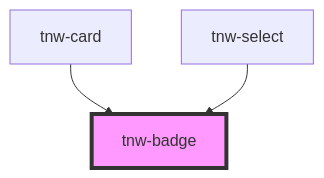
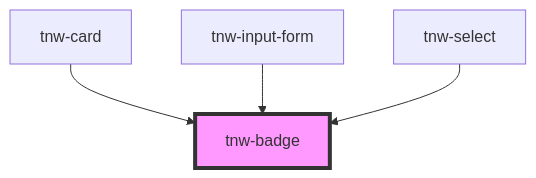
Before and after one commit to technway/technway-component-library: the diagram in packages/stencil-library/src/components/tnw-badge/readme.md, drawn with Mermaid. The commit also changed other lines of this file and 47 other files, not shown here.

````diff
--- a/packages/stencil-library/src/components/tnw-badge/readme.md
+++ b/packages/stencil-library/src/components/tnw-badge/readme.md
@@ -83,6 +84,7 @@
 ```mermaid
 graph TD;
   tnw-card --> tnw-badge
+  tnw-input-form --> tnw-badge
   tnw-select --> tnw-badge
   style tnw-badge fill:#f9f,stroke:#333,stroke-width:4px
 ```
````
